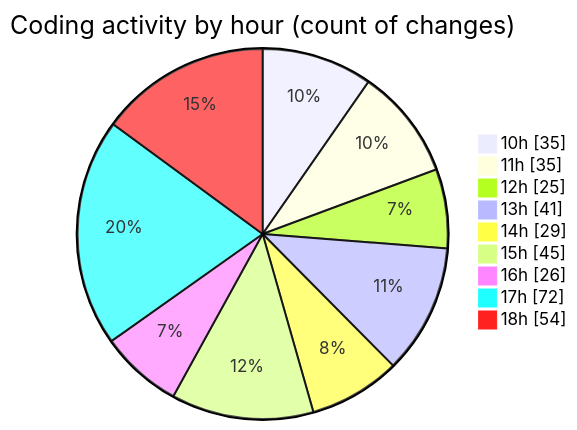
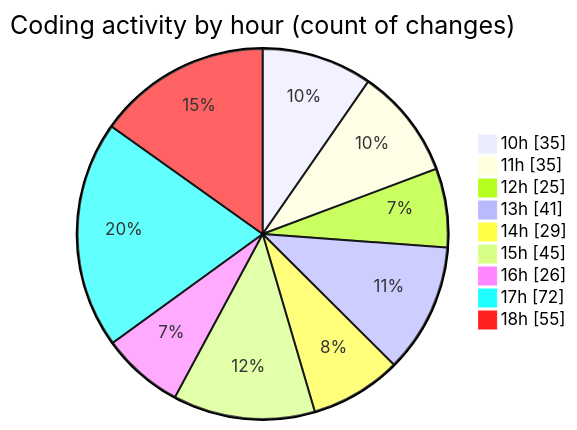
The second of 2 diagrams in 2025-03-26/cda/README.md (momahboobian/code-tracking), drawn with Mermaid before and after one commit. The commit also changed other lines of this file and 1 other file, not shown here.

````diff
--- a/2025-03-26/cda/README.md
+++ b/2025-03-26/cda/README.md
@@ -55,13 +55,13 @@
 ```mermaid
 pie showData
 title Coding activity by hour (count of changes)
 "10h" : 35
 "11h" : 35
 "12h" : 25
 "13h" : 41
 "14h" : 29
 "15h" : 45
 "16h" : 26
 "17h" : 72
-"18h" : 54
+"18h" : 55
 ```
````
